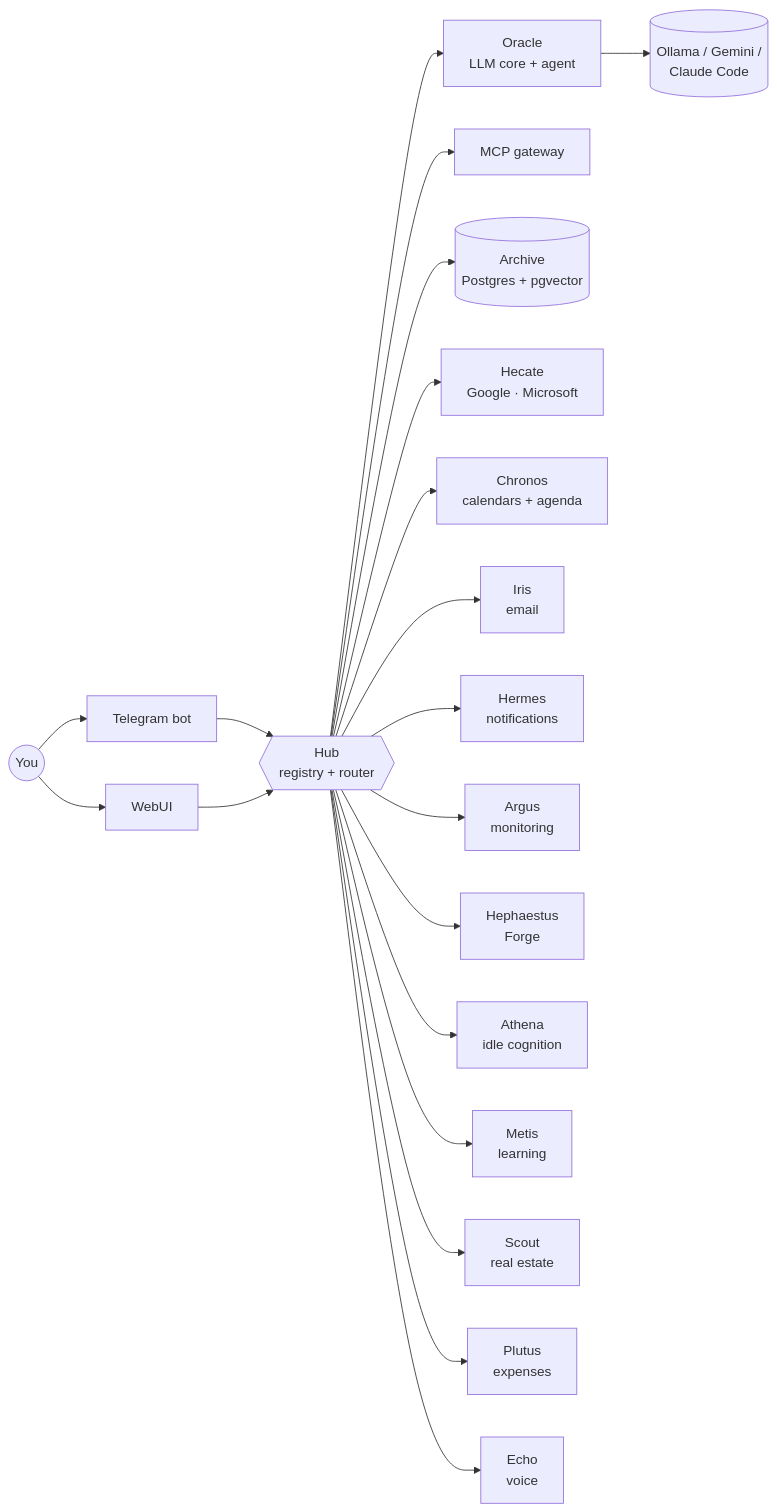
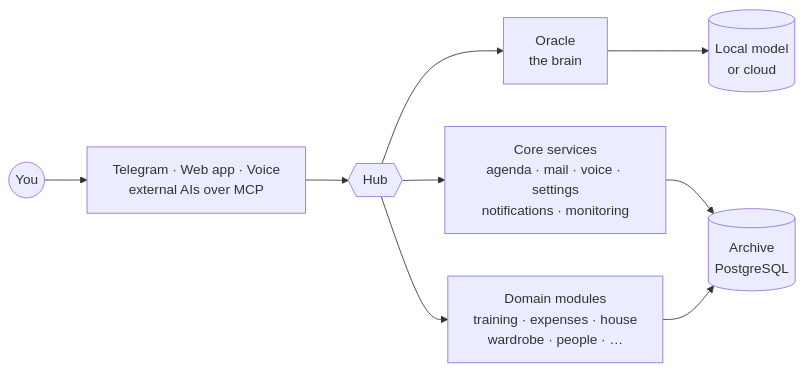
One commit to SaibboRiginal/Hestia changed the diagram in readme.md. Above: the diagram before and after it, drawn with Mermaid. The commit also changed other lines of this file and 10 other files, not shown here.

````diff
--- a/readme.md
+++ b/readme.md
@@ -153,22 +76,11 @@
 ```mermaid
 flowchart LR
-    U((You)) --> TG[Telegram bot]
-    U --> WEB[WebUI]
-    TG --> HUB{{Hub<br/>registry + router}}
-    WEB --> HUB
-    HUB --> OR[Oracle<br/>LLM core + agent]
-    OR --> OL[(Ollama / Gemini /<br/>Claude Code)]
-    HUB --> MCP[MCP gateway]
-    HUB --> AR[(Archive<br/>Postgres + pgvector)]
-    HUB --> HE[Hecate<br/>Google · Microsoft]
-    HUB --> CH[Chronos<br/>calendars + agenda]
-    HUB --> IR[Iris<br/>email]
-    HUB --> HM[Hermes<br/>notifications]
-    HUB --> AG[Argus<br/>monitoring]
-    HUB --> HP[Hephaestus<br/>Forge]
-    HUB --> AT[Athena<br/>idle cognition]
-    HUB --> ME[Metis<br/>learning]
-    HUB --> SC[Scout<br/>real estate]
-    HUB --> PL[Plutus<br/>expenses]
-    HUB --> EC[Echo<br/>voice]
+    U((You)) --> C["Telegram · Web app · Voice<br/>external AIs over MCP"]
+    C --> HUB{{Hub}}
+    HUB --> OR["Oracle<br/>the brain"]
+    OR --> M[("Local model<br/>or cloud")]
+    HUB --> CORE["Core services<br/>agenda · mail · voice · settings<br/>notifications · monitoring"]
+    HUB --> DOM["Domain modules<br/>training · expenses · house<br/>wardrobe · people · …"]
+    CORE --> AR[("Archive<br/>PostgreSQL")]
+    DOM --> AR
 ```
````
